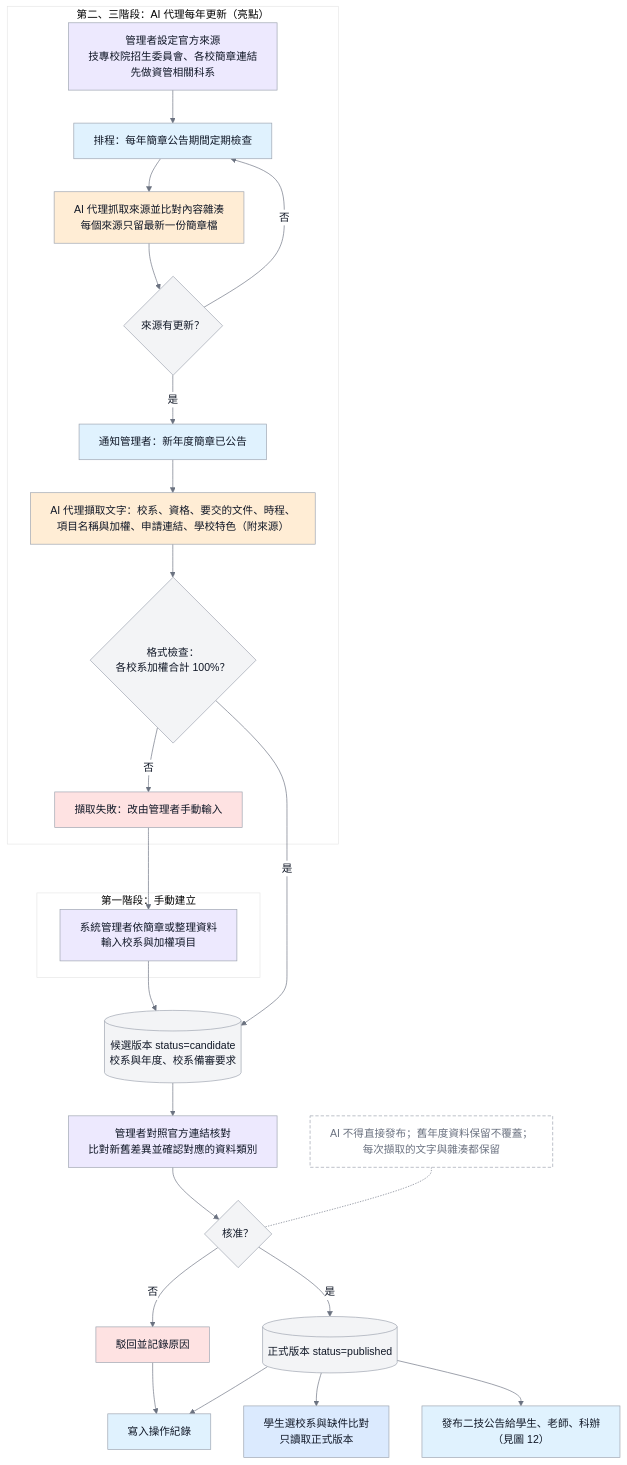
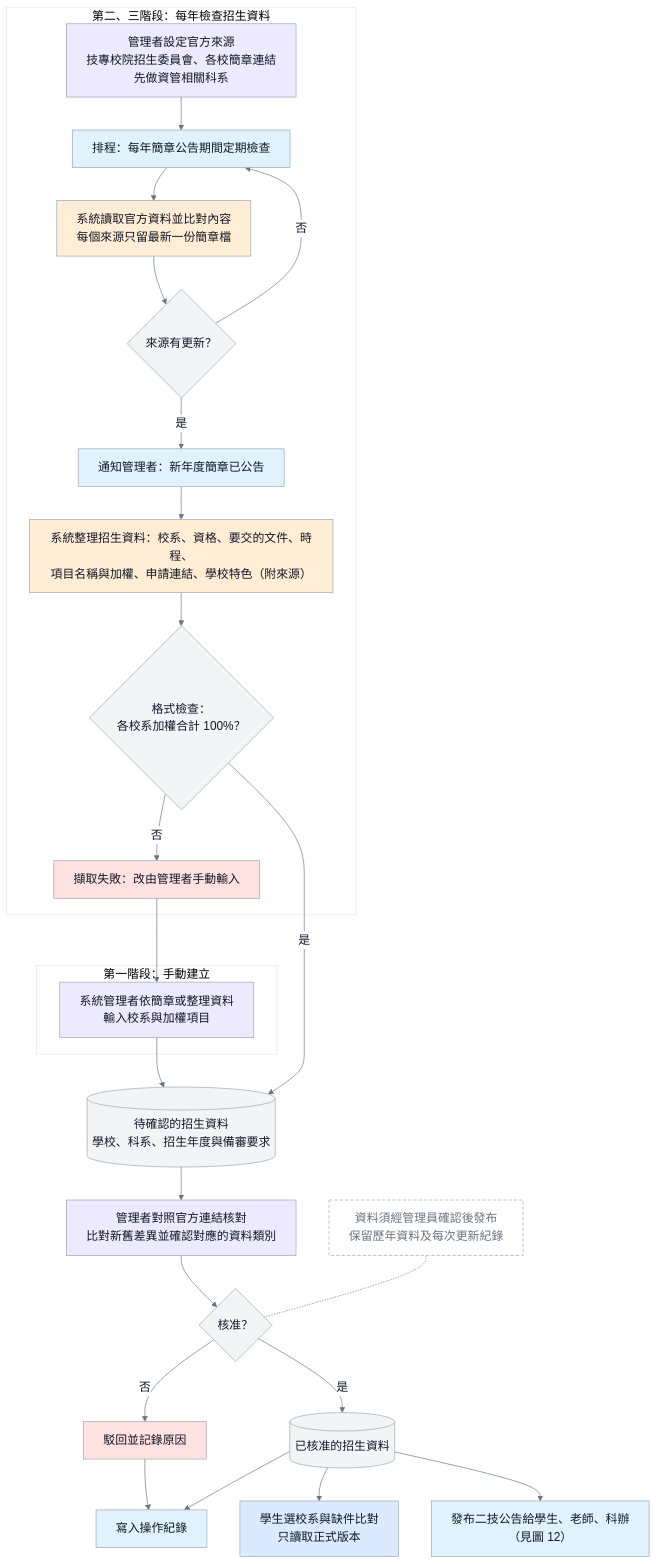
One commit to vujhdcusa/1028 changed the diagram in docs/images/D-13-admission-rule-update-flow.mmd. Above: the diagram before and after it, drawn with Mermaid. The commit also changed 79 other files, not shown here.

First line of the commit message:
雲端副本符合度檢查與排版修正；提交 GPT 未提交的流程圖；修正圖 26、32；流程圖大全簡報補齊圖片

```diff
--- a/docs/images/D-13-admission-rule-update-flow.mmd
+++ b/docs/images/D-13-admission-rule-update-flow.mmd
@@ -1,39 +1,39 @@
-%%{init: {'theme':'base','themeVariables': {'fontFamily':'Microsoft JhengHei, Noto Sans TC, Arial, sans-serif','primaryColor':'#F3F4F6','primaryTextColor':'#111827','primaryBorderColor':'#9CA3AF','lineColor':'#6B7280','edgeLabelBackground':'#FFFFFF'},'flowchart':{'wrappingWidth':400}}}%%
+%%{init: {'theme':'base','themeVariables': {'fontSize':'18px','fontFamily':'DFKai-SB, BiauKai, serif','primaryColor':'#F3F4F6','primaryTextColor':'#111827','primaryBorderColor':'#9CA3AF','lineColor':'#6B7280','edgeLabelBackground':'#FFFFFF'},'flowchart':{'wrappingWidth':400}}}%%
 flowchart TD
     classDef admin fill:#EDE9FE,stroke:#9CA3AF,color:#111827,stroke-width:1px;
     classDef ai fill:#FFEDD5,stroke:#9CA3AF,color:#111827,stroke-width:1px;
     classDef system fill:#E0F2FE,stroke:#9CA3AF,color:#111827,stroke-width:1px;
     classDef store fill:#F3F4F6,stroke:#9CA3AF,color:#111827,stroke-width:1px;
     classDef student fill:#DBEAFE,stroke:#9CA3AF,color:#111827,stroke-width:1px;
     classDef alert fill:#FEE2E2,stroke:#9CA3AF,color:#111827,stroke-width:1px;
     classDef note fill:#FFFFFF,stroke:#9CA3AF,color:#6B7280,stroke-width:1px,stroke-dasharray:5 3;
 
     subgraph Stage1[第一階段：手動建立]
         Manual[系統管理者依簡章或整理資料<br/>輸入校系與加權項目]:::admin
     end
-    subgraph Stage23[第二、三階段：AI 代理每年更新（亮點）]
+    subgraph Stage23[第二、三階段：每年檢查招生資料]
         Source[管理者設定官方來源<br/>技專校院招生委員會、各校簡章連結<br/>先做資管相關科系]:::admin
         Schedule[排程：每年簡章公告期間定期檢查]:::system
-        Detect[AI 代理抓取來源並比對內容雜湊<br/>每個來源只留最新一份簡章檔]:::ai
+        Detect[系統讀取官方資料並比對內容<br/>每個來源只留最新一份簡章檔]:::ai
         Changed{來源有更新？}
         Notify[通知管理者：新年度簡章已公告]:::system
-        Extract[AI 代理擷取文字：校系、資格、要交的文件、時程、<br/>項目名稱與加權、申請連結、學校特色（附來源）]:::ai
+        Extract[系統整理招生資料：校系、資格、要交的文件、時程、<br/>項目名稱與加權、申請連結、學校特色（附來源）]:::ai
         Validate{格式檢查：<br/>各校系加權合計 100%？}
         Fail[擷取失敗：改由管理者手動輸入]:::alert
         Source --> Schedule --> Detect --> Changed
         Changed -- 否 --> Schedule
         Changed -- 是 --> Notify --> Extract --> Validate
         Validate -- 否 --> Fail
     end
-    Manual --> Candidate[(候選版本 status=candidate<br/>校系與年度、校系備審要求)]:::store
+    Manual --> Candidate[(待確認的招生資料<br/>學校、科系、招生年度與備審要求)]:::store
     Validate -- 是 --> Candidate
     Fail --> Manual
     Candidate --> Diff[管理者對照官方連結核對<br/>比對新舊差異並確認對應的資料類別]:::admin
     Diff --> Approve{核准？}
     Approve -- 否 --> Reject[駁回並記錄原因]:::alert
-    Approve -- 是 --> Publish[(正式版本 status=published)]:::store
+    Approve -- 是 --> Publish[(已核准的招生資料)]:::store
     Publish --> Student[學生選校系與缺件比對<br/>只讀取正式版本]:::student
     Publish --> Announce[發布二技公告給學生、老師、科辦<br/>（見圖 12）]:::system
     Reject --> Log[寫入操作紀錄]:::system
     Publish --> Log
-    Rule[AI 不得直接發布；舊年度資料保留不覆蓋；<br/>每次擷取的文字與雜湊都保留]:::note -.- Approve
+    Rule[資料須經管理員確認後發布<br/>保留歷年資料及每次更新紀錄]:::note -.- Approve
```
